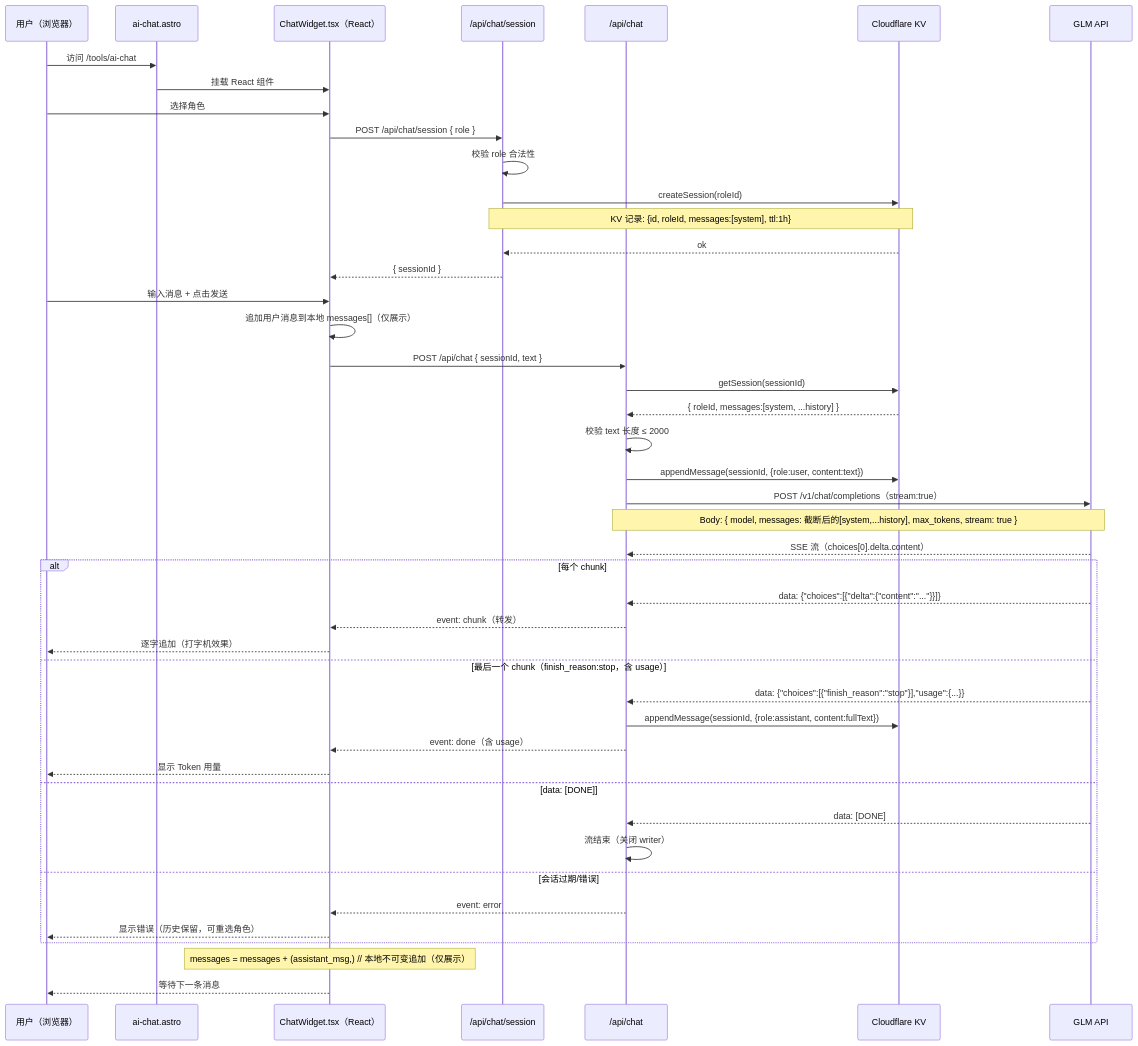
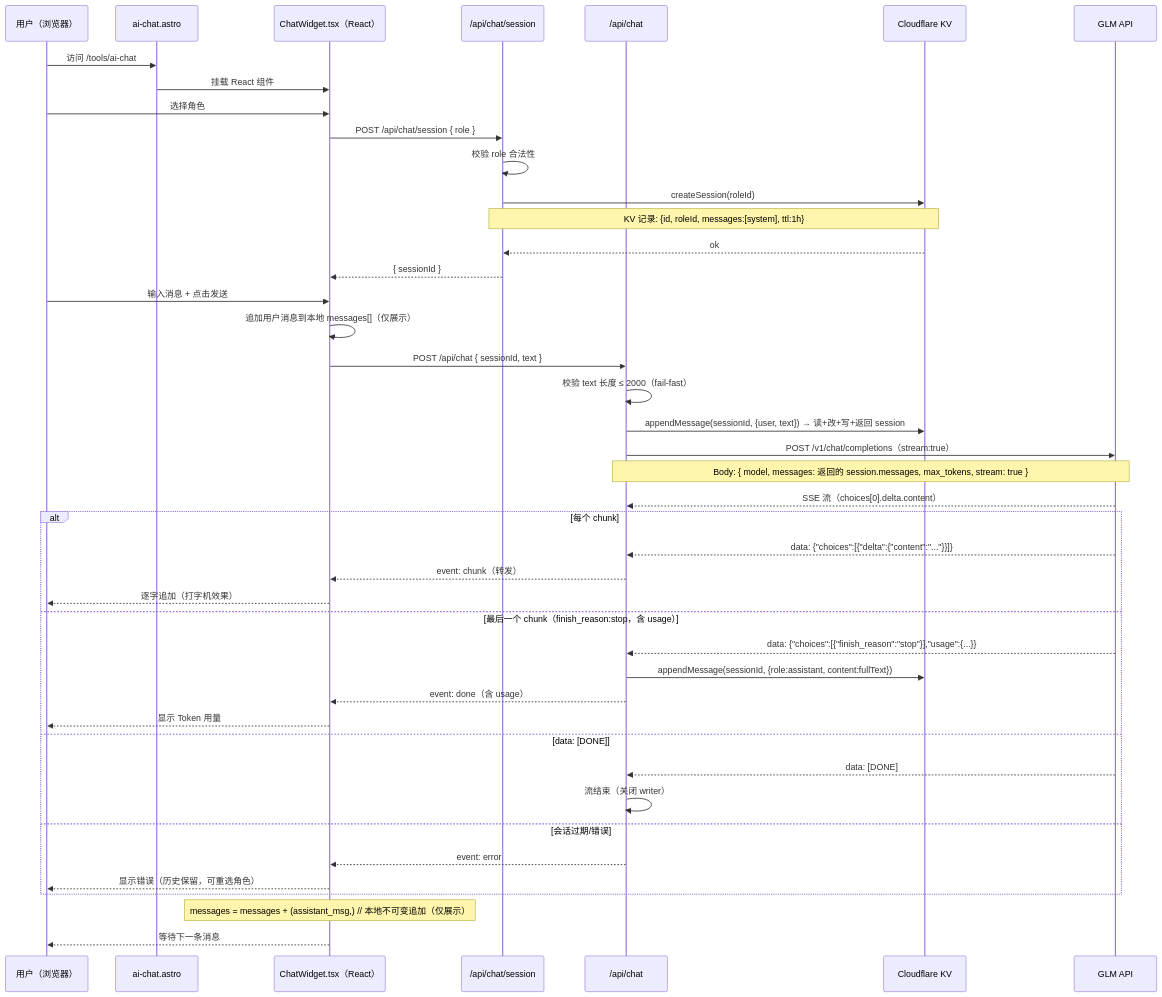
The diagram in plans/phase2-web-chat.md (cbl315/ai-roadmap), drawn with Mermaid before and after one commit. The commit also changed other lines of this file, not shown here.

First line of the commit message:
perf: 消除 /api/chat 的冗余 KV 读（6 次→4 次）

````diff
--- a/plans/phase2-web-chat.md
+++ b/plans/phase2-web-chat.md
@@ -61,53 +61,51 @@
 ```mermaid
 sequenceDiagram
     participant User as 用户（浏览器）
     participant Page as ai-chat.astro
     participant Widget as ChatWidget.tsx（React）
     participant SessionAPI as /api/chat/session
     participant ChatAPI as /api/chat
     participant KV as Cloudflare KV
     participant GLM as GLM API
 
     User->>Page: 访问 /tools/ai-chat
     Page->>Widget: 挂载 React 组件
 
     User->>Widget: 选择角色
     Widget->>SessionAPI: POST /api/chat/session { role }
     SessionAPI->>SessionAPI: 校验 role 合法性
     SessionAPI->>KV: createSession(roleId)
     Note over SessionAPI,KV: KV 记录: {id, roleId, messages:[system], ttl:1h}
     KV-->>SessionAPI: ok
     SessionAPI-->>Widget: { sessionId }
 
     User->>Widget: 输入消息 + 点击发送
     Widget->>Widget: 追加用户消息到本地 messages[]（仅展示）
     Widget->>ChatAPI: POST /api/chat { sessionId, text }
 
-    ChatAPI->>KV: getSession(sessionId)
-    KV-->>ChatAPI: { roleId, messages:[system, ...history] }
-    ChatAPI->>ChatAPI: 校验 text 长度 ≤ 2000
-    ChatAPI->>KV: appendMessage(sessionId, {role:user, content:text})
+    ChatAPI->>ChatAPI: 校验 text 长度 ≤ 2000（fail-fast）
+    ChatAPI->>KV: appendMessage(sessionId, {user, text}) → 读+改+写+返回 session
     ChatAPI->>GLM: POST /v1/chat/completions（stream:true）
-    Note over ChatAPI,GLM: Body: { model, messages: 截断后的[system,...history], max_tokens, stream: true }
+    Note over ChatAPI,GLM: Body: { model, messages: 返回的 session.messages, max_tokens, stream: true }
 
     GLM-->>ChatAPI: SSE 流（choices[0].delta.content）
     alt 每个 chunk
         GLM-->>ChatAPI: data: {"choices":[{"delta":{"content":"..."}}]}
         ChatAPI-->>Widget: event: chunk（转发）
         Widget-->>User: 逐字追加（打字机效果）
     else 最后一个 chunk（finish_reason:stop，含 usage）
         GLM-->>ChatAPI: data: {"choices":[{"finish_reason":"stop"}],"usage":{...}}
         ChatAPI->>KV: appendMessage(sessionId, {role:assistant, content:fullText})
         ChatAPI-->>Widget: event: done（含 usage）
         Widget-->>User: 显示 Token 用量
     else data: [DONE]
         GLM-->>ChatAPI: data: [DONE]
         ChatAPI->>ChatAPI: 流结束（关闭 writer）
     else 会话过期/错误
         ChatAPI-->>Widget: event: error
         Widget-->>User: 显示错误（历史保留，可重选角色）
     end
 
     Note over Widget: messages = messages + (assistant_msg,) // 本地不可变追加（仅展示）
     Widget-->>User: 等待下一条消息
 ```
````
